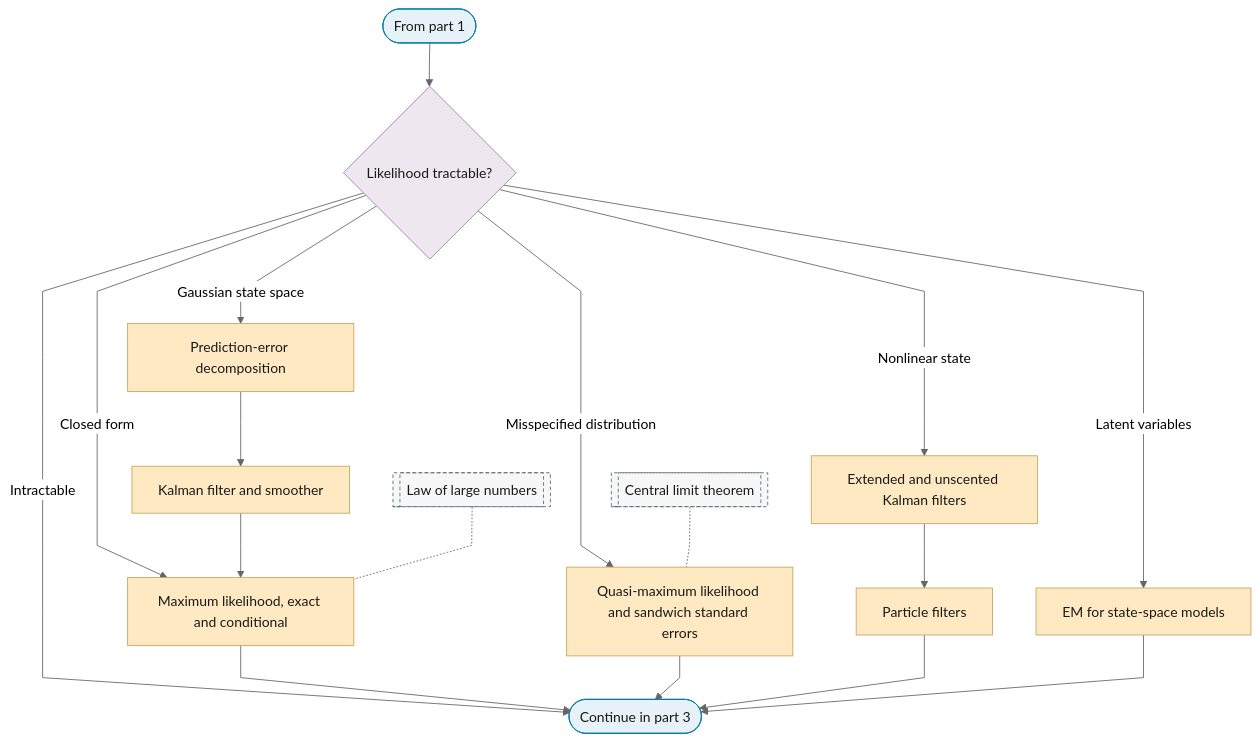
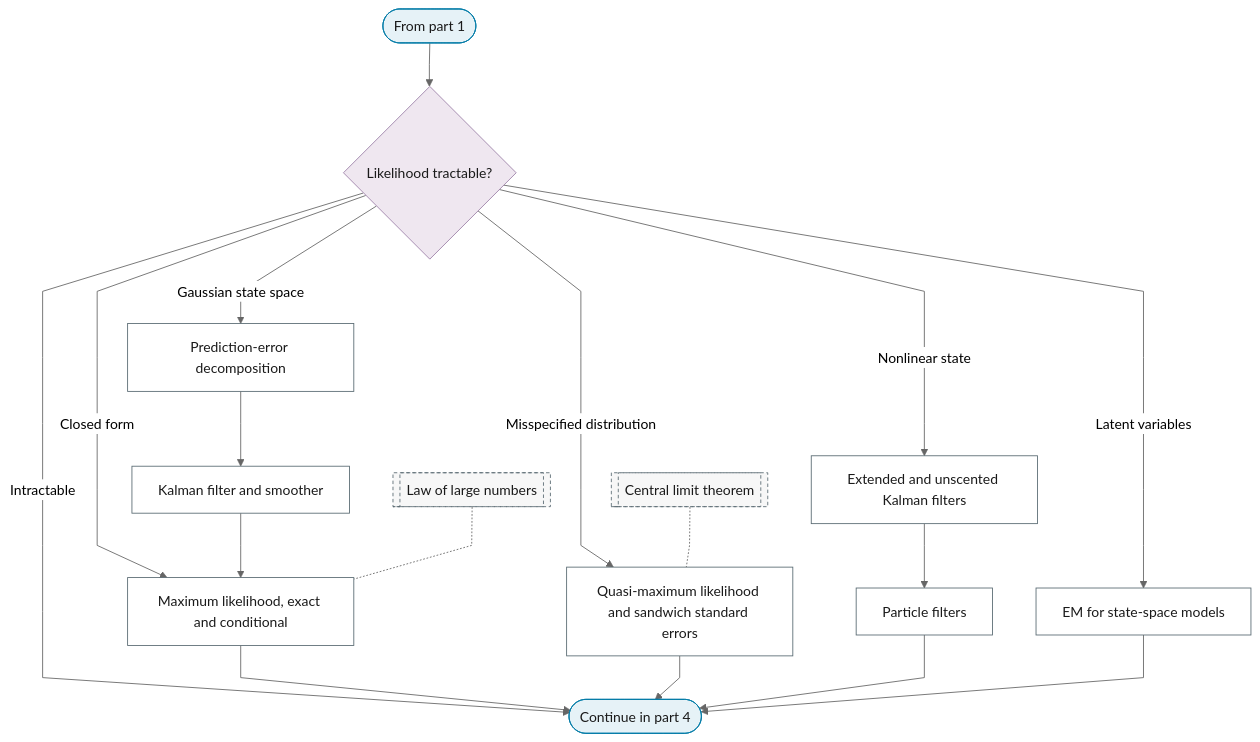
Before and after one commit to Shuxin-Y/time-series-analysis-manual: the third of 4 diagrams in docs/01-workflow/p08-estimation.md, drawn with Mermaid (neutral theme). The commit also changed other lines of this file and 34 other files, not shown here.

````diff
--- a/docs/01-workflow/p08-estimation.md
+++ b/docs/01-workflow/p08-estimation.md
@@ -43,29 +63,29 @@
 ```mermaid
 %%{init: {"flowchart": {"curve": "linear"}}}%%
 graph TD
-    P8_FROM_PART_1(["From part 1"]) --> P8_LIKELIHOOD{"Likelihood tractable?"}
+    P8_PART_3_IN(["From part 1"]) --> P8_LIKELIHOOD{"Likelihood tractable?"}
     P8_LIKELIHOOD -->|"Gaussian state space"| P8_PREDICTION_ERROR["Prediction-error decomposition"]
     P8_LIKELIHOOD -->|"Closed form"| P8_MLE
     P8_LIKELIHOOD -->|"Misspecified distribution"| P8_QMLE["Quasi-maximum likelihood and sandwich standard errors"]
     P8_LIKELIHOOD -->|"Nonlinear state"| P8_NONLINEAR_FILTERS["Extended and unscented Kalman filters"]
     P8_LIKELIHOOD -->|"Latent variables"| P8_EM["EM for state-space models"]
-    P8_LIKELIHOOD -->|"Intractable"| P8_TO_PART_3
+    P8_LIKELIHOOD -->|"Intractable"| P8_TO_PART_4
     P8_PREDICTION_ERROR --> P8_KALMAN["Kalman filter and smoother"]
     P8_KALMAN --> P8_MLE["Maximum likelihood, exact and conditional"]
     P8_NONLINEAR_FILTERS --> P8_PARTICLE_FILTERS["Particle filters"]
-    P8_MLE & P8_QMLE & P8_PARTICLE_FILTERS & P8_EM --> P8_TO_PART_3(["Continue in part 3"])
+    P8_MLE & P8_QMLE & P8_PARTICLE_FILTERS & P8_EM --> P8_TO_PART_4(["Continue in part 4"])
     F_LLN[["Law of large numbers"]] -.- P8_MLE
     F_CLT[["Central limit theorem"]] -.- P8_QMLE
-    class P8_FROM_PART_1,P8_TO_PART_3 terminator
+    class P8_PART_3_IN,P8_TO_PART_4 terminator
     class P8_LIKELIHOOD decision
-    class P8_PREDICTION_ERROR,P8_KALMAN,P8_MLE,P8_QMLE,P8_NONLINEAR_FILTERS,P8_PARTICLE_FILTERS,P8_EM escalate
+    class P8_PREDICTION_ERROR,P8_QMLE,P8_NONLINEAR_FILTERS,P8_EM,P8_KALMAN,P8_MLE,P8_PARTICLE_FILTERS process
     class F_LLN,F_CLT ref
     classDef terminator fill:#E6F2F7,stroke:#007BA7,color:#1A1A1A;
     classDef process fill:#FFFFFF,stroke:#5A6B73,color:#1A1A1A;
     classDef decision fill:#EFE7F0,stroke:#9B7FA7,color:#1A1A1A;
     classDef data fill:#FFF4E0,stroke:#C9A55E,color:#1A1A1A;
     classDef good fill:#DCEFD8,stroke:#4A7A3F,color:#1A1A1A;
     classDef escalate fill:#FFE9C2,stroke:#C9A55E,color:#1A1A1A;
     classDef problem fill:#F2D9DE,stroke:#800020,color:#1A1A1A;
     classDef ref fill:#F7F7F7,stroke:#5A6B73,color:#1A1A1A,stroke-dasharray:4 3;
 ```
````
